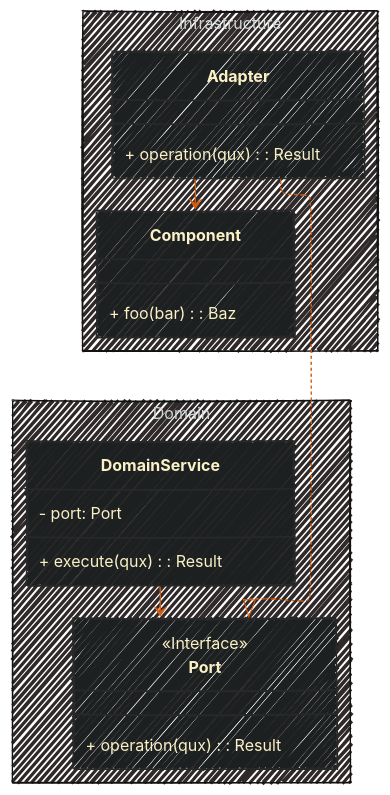
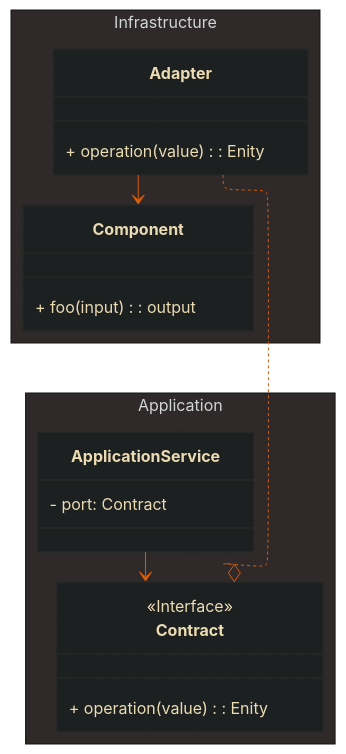
One commit to superhero/handbook changed the first of 10 diagrams in 2.core-architecture-principles.md. Above: the diagram before and after it, drawn with Mermaid.

Commit message:
improved component isolation diagram

````diff
--- a/2.core-architecture-principles.md
+++ b/2.core-architecture-principles.md
@@ -21,45 +21,44 @@
 ```mermaid
 ---
 
 config:
     layout: elk
-    look: handDrawn
     theme: base
     themeVariables:
-        background: "#282828"
+        fontFamily: "monospace"
+        background: "#3C3836"
         primaryColor: "#1D2021"
-        primaryTextColor: "#FBF1C7"
+        primaryTextColor: "#EBDBB2"
         primaryBorderColor: "#282828"
         lineColor: "#D65D0E"
 
 ---
 
 classDiagram
     direction TB
 
 namespace Infrastructure {
     class Adapter {
-        + operation(qux): Result
+        + operation(value): Enity
     }
 
     class Component {
-        + foo(bar): Baz
+        + foo(input): output
     }
 }
 
-namespace Domain {
-    class DomainService {
-        - port: Port
-        + execute(qux): Result
+namespace Application {
+    class ApplicationService {
+        - port: Contract
     }
 
-    class Port {
+    class Contract {
         <<Interface>>
-        + operation(qux): Result
+        + operation(value): Enity
     }
 }
 
-DomainService --> Port
-Adapter ..|> Port
+ApplicationService --> Contract
+Adapter ..o Contract
 Adapter --> Component
 ```
````
